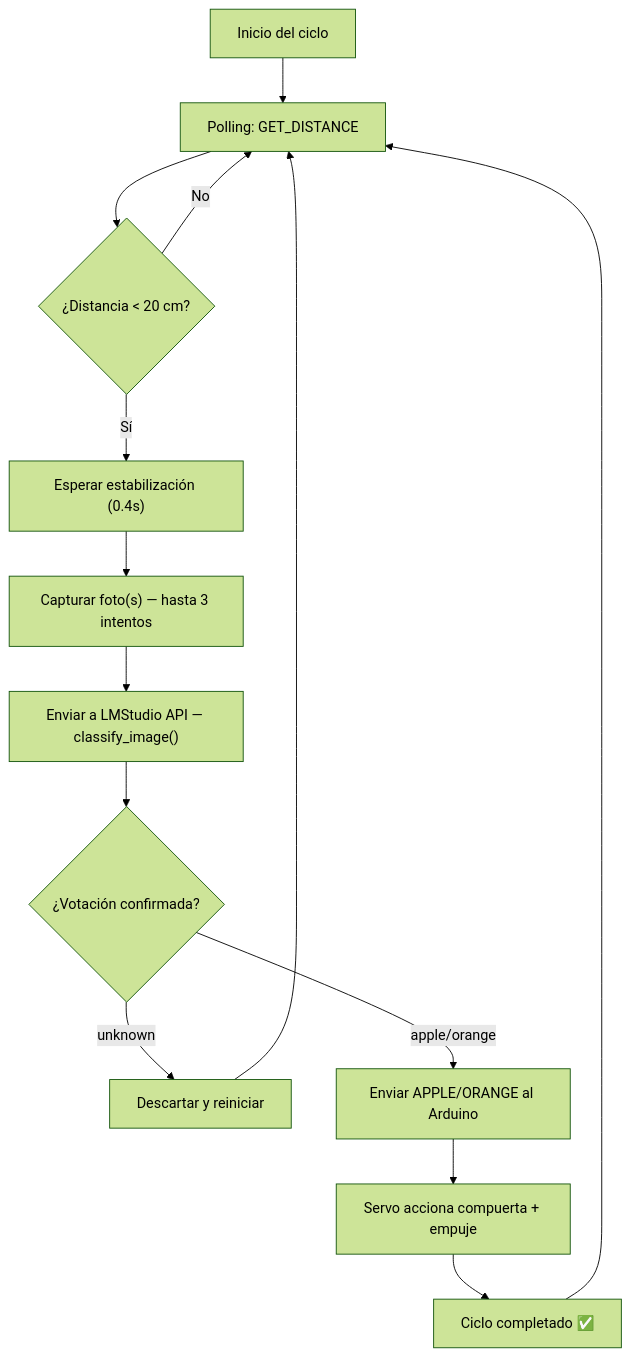
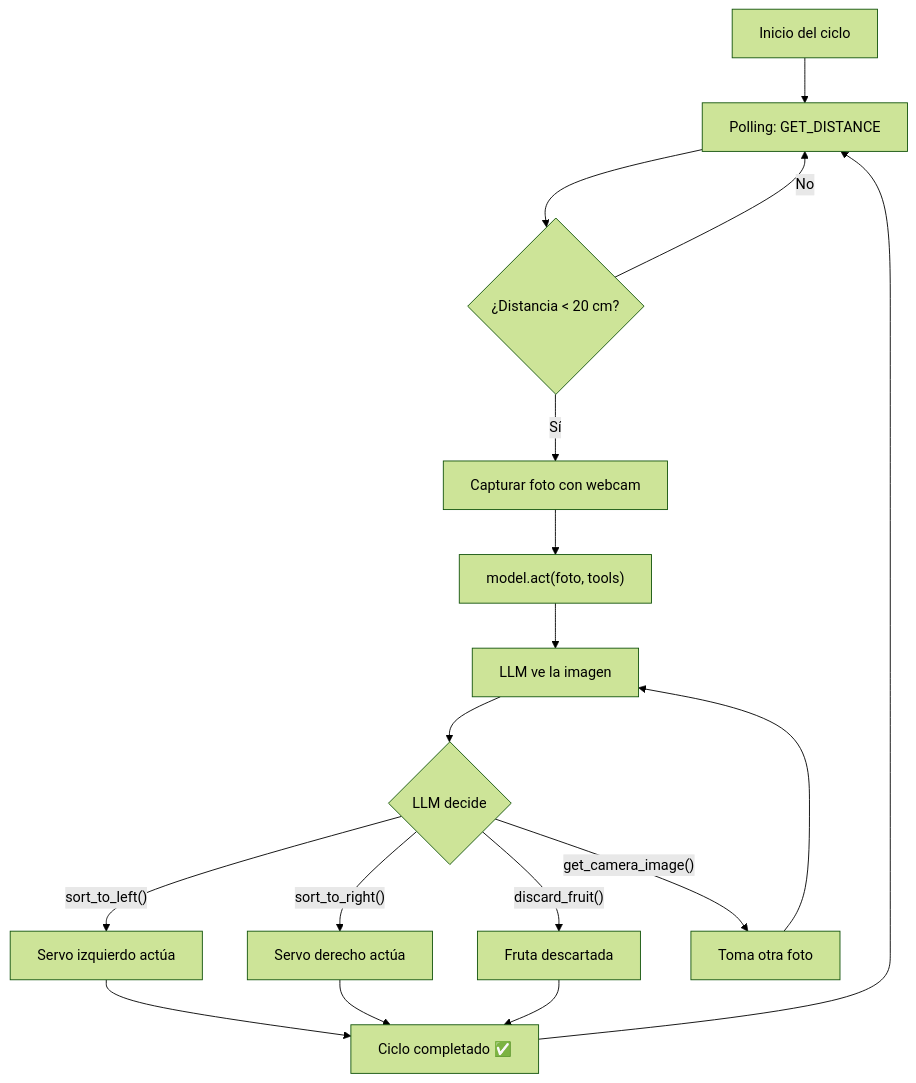
The second of 2 diagrams in README.md (AndresMondragon2004/Clasificador-de-frutas-), drawn with Mermaid (forest theme) before and after one commit. The commit also changed other lines of this file and 9 other files, not shown here.

````diff
--- a/README.md
+++ b/README.md
@@ -107,16 +105,19 @@
 ```mermaid
 flowchart TD
     A["Inicio del ciclo"] --> B["Polling: GET_DISTANCE"]
     B --> C{"¿Distancia < 20 cm?"}
     C -- "No" --> B
-    C -- "Sí" --> D["Esperar estabilización (0.4s)"]
-    D --> E["Capturar foto(s) — hasta 3 intentos"]
-    E --> F["Enviar a LMStudio API — classify_image()"]
-    F --> G{"¿Votación confirmada?"}
-    G -- "unknown" --> H["Descartar y reiniciar"]
-    H --> B
-    G -- "apple/orange" --> I["Enviar APPLE/ORANGE al Arduino"]
-    I --> J["Servo acciona compuerta + empuje"]
-    J --> K["Ciclo completado ✅"]
-    K --> B
+    C -- "Sí" --> D["Capturar foto con webcam"]
+    D --> E["model.act(foto, tools)"]
+    E --> F["LLM ve la imagen"]
+    F --> G{"LLM decide"}
+    G -->|"sort_to_left()"| H["Servo izquierdo actúa"]
+    G -->|"sort_to_right()"| I["Servo derecho actúa"]
+    G -->|"discard_fruit()"| J["Fruta descartada"]
+    G -->|"get_camera_image()"| K["Toma otra foto"]
+    K --> F
+    H --> L["Ciclo completado ✅"]
+    I --> L
+    J --> L
+    L --> B
 ```
````
